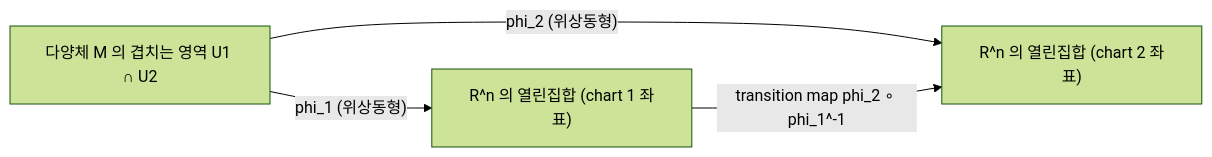
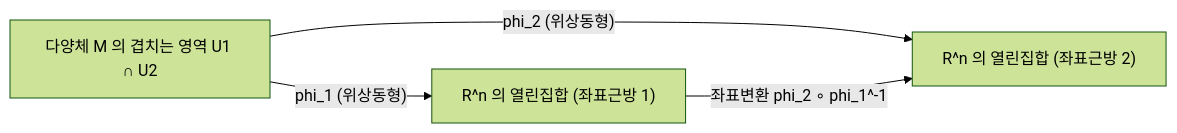
Before and after one commit to Phryxia/math-map: the diagram in docs/manifolds.md, drawn with Mermaid (forest theme). The commit also changed other lines of this file, not shown here.

First line of the commit message:
replace chart, atlas and smooth manifold with Korean terms in manifolds

````diff
--- a/docs/manifolds.md
+++ b/docs/manifolds.md
@@ -11,9 +11,9 @@
 ```mermaid
 flowchart LR
   M["다양체 M 의 겹치는 영역 U1 ∩ U2"]
-  A["R^n 의 열린집합 (chart 1 좌표)"]
-  B["R^n 의 열린집합 (chart 2 좌표)"]
+  A["R^n 의 열린집합 (좌표근방 1)"]
+  B["R^n 의 열린집합 (좌표근방 2)"]
   M -->|"phi_1 (위상동형)"| A
   M -->|"phi_2 (위상동형)"| B
-  A -->|"transition map phi_2 ∘ phi_1^-1"| B
+  A -->|"좌표변환 phi_2 ∘ phi_1^-1"| B
 ```
````
